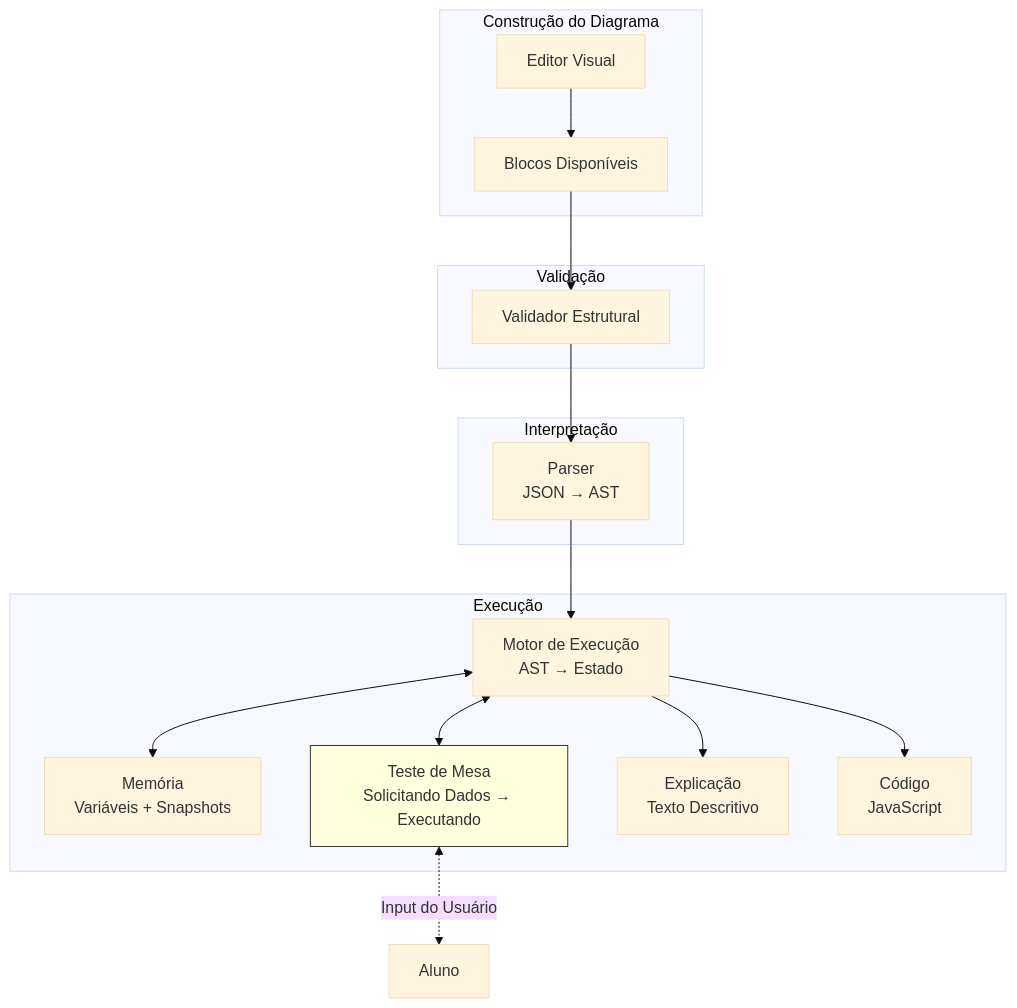
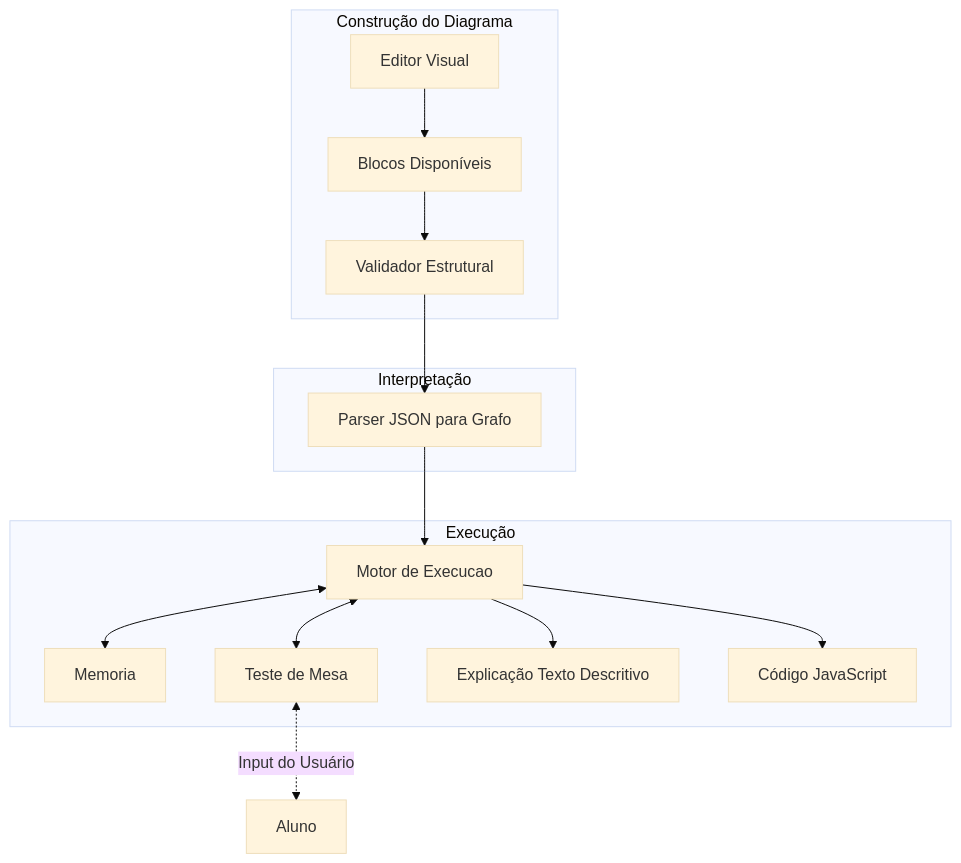
Before and after one commit to si-utfpr-gp/blade: the second of 7 diagrams in docs/ssd.md, drawn with Mermaid (base theme). The commit also changed other lines of this file and 6 other files, not shown here.

First line of the commit message:
@lucasgfaj/feat/parser-json-diagram-execution-graph (#63)

````diff
--- a/docs/ssd.md
+++ b/docs/ssd.md
@@ -160,35 +155,27 @@
 ```mermaid
-flowchart TB
+graph TB
     subgraph Construção["Construção do Diagrama"]
         B[Editor Visual]
         C[Blocos Disponíveis]
+        V[Validador Estrutural]
         B --> C
+        C --> V
     end
-
-    subgraph Validação["Validação"]
-        V[Validador Estrutural]
+    subgraph Interpretação["Interpretação"]
+        P[Parser JSON para Grafo]
     end
-
-    subgraph Interpretação["Interpretação"]
-        P[Parser<br/>JSON → AST]
+    subgraph Execução["Execução"]
+        M[Motor de Execucao]
+        MEM[Memoria]
+        TM[Teste de Mesa]
+        EXP[Explicação Texto Descritivo]
+        CODE[Código JavaScript]
     end
-
-    subgraph Execução["Execução"]
-        M[Motor de Execução<br/>AST → Estado]
-        MEM[Memória<br/>Variáveis + Snapshots]
-        TM[Teste de Mesa<br/>Solicitando Dados → Executando]
-        EXP[Explicação<br/>Texto Descritivo]
-        CODE[Código<br/>JavaScript]
-    end
-
-    C --> V
     V --> P
     P --> M
     M <--> MEM
     M <--> TM
     TM <-.->|"Input do Usuário"| A[Aluno]
     M --> EXP
     M --> CODE
-
-    style TM fill:#ffd,stroke:#333
 ```
````
